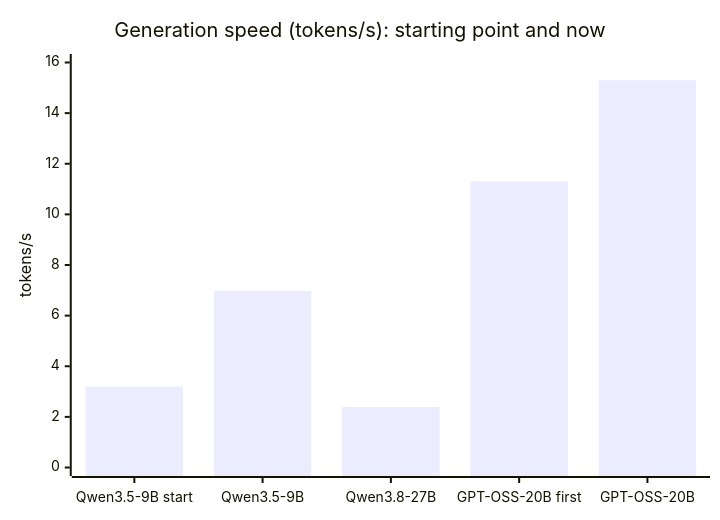
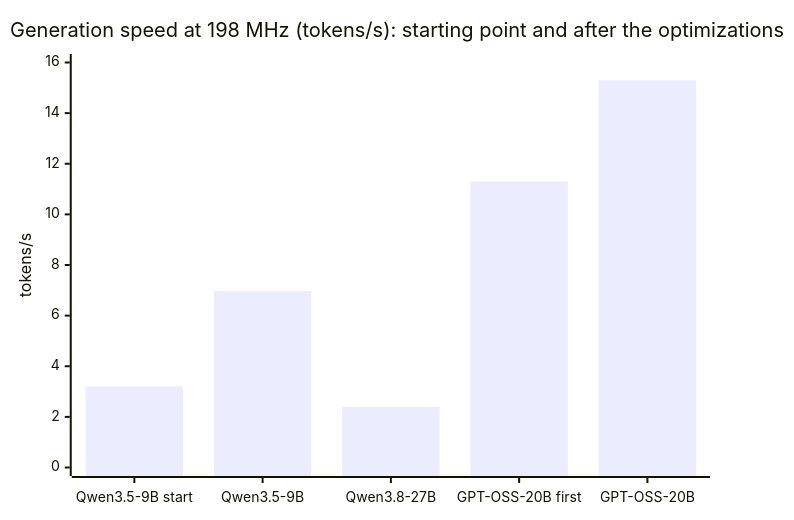
One commit to apex-compute/unified-engine changed the first of 8 diagrams in models/apex-tp-llm/README.md. Above: the diagram before and after it, drawn with Mermaid. The commit also changed other lines of this file and 5 other files, not shown here.

````diff
--- a/models/apex-tp-llm/README.md
+++ b/models/apex-tp-llm/README.md
@@ -61,7 +63,7 @@
 ```mermaid
 xychart-beta
-    title "Generation speed (tokens/s): starting point and now"
+    title "Generation speed at 198 MHz (tokens/s): starting point and after the optimizations"
     x-axis ["Qwen3.5-9B start", "Qwen3.5-9B", "Qwen3.8-27B", "GPT-OSS-20B first", "GPT-OSS-20B"]
     y-axis "tokens/s" 0 --> 16
     bar [3.2, 6.97, 2.39, 11.3, 15.3]
 ```
````
